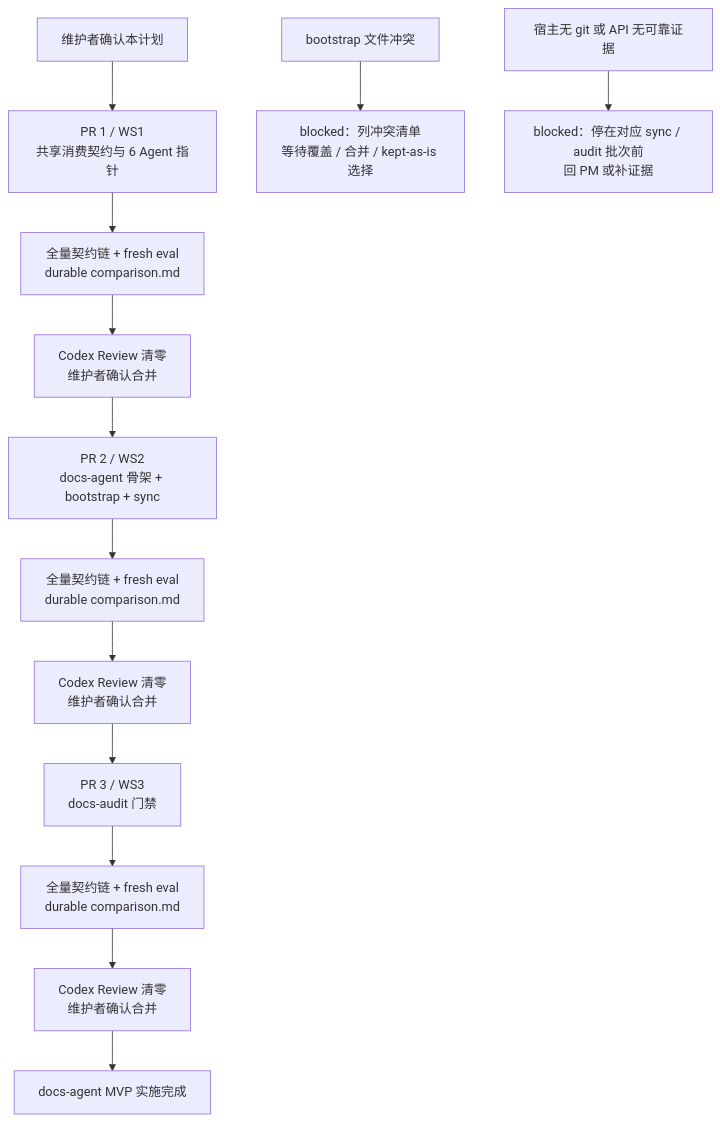
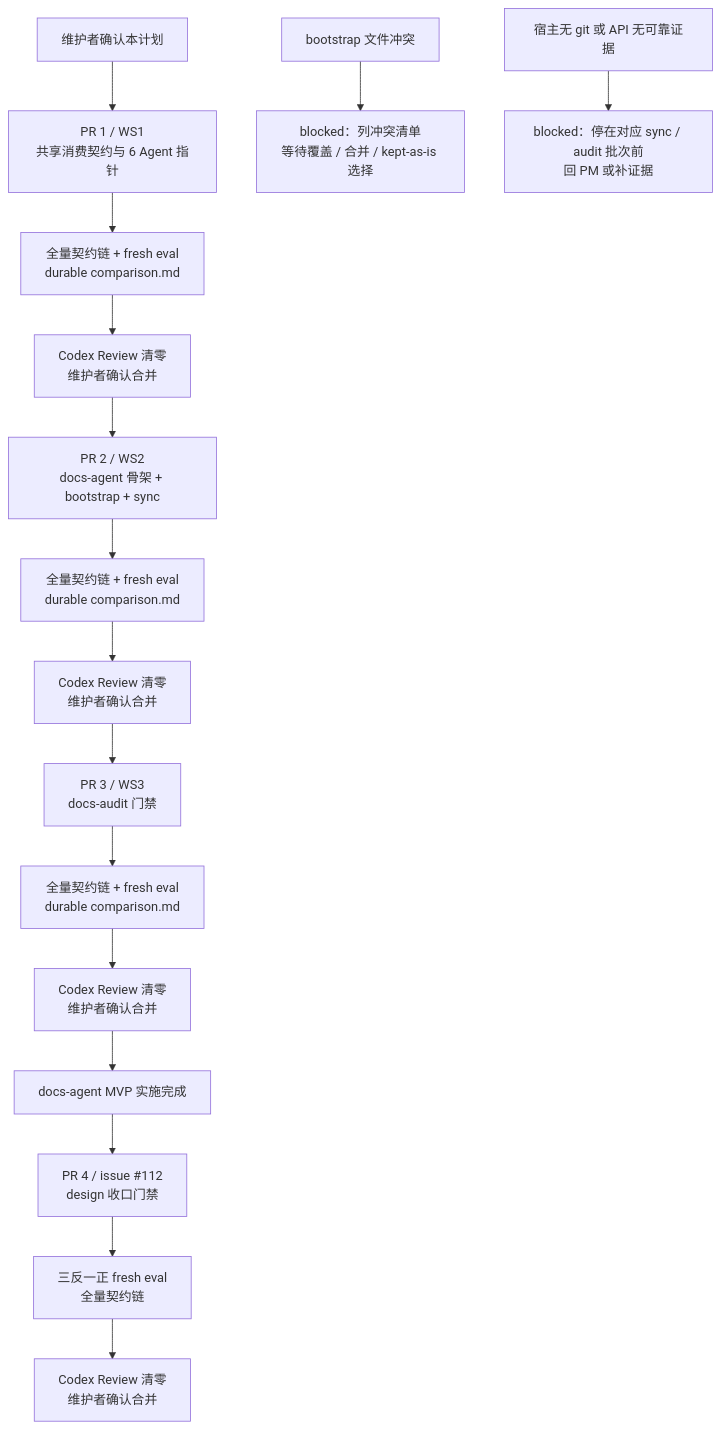
One commit to Neplich/dev-agent-skills changed the diagram in docs/engineer/agents/docs-agent/IMPLEMENTATION_PLAN.md. Above: the diagram before and after it, drawn with Mermaid. The commit also changed other lines of this file and 50 other files, not shown here.

````diff
--- a/docs/engineer/agents/docs-agent/IMPLEMENTATION_PLAN.md
+++ b/docs/engineer/agents/docs-agent/IMPLEMENTATION_PLAN.md
@@ -131,16 +145,19 @@
 ```mermaid
 flowchart TB
     CONFIRM["维护者确认本计划"] --> WS1["PR 1 / WS1<br/>共享消费契约与 6 Agent 指针"]
     WS1 --> V1["全量契约链 + fresh eval<br/>durable comparison.md"]
     V1 --> R1["Codex Review 清零<br/>维护者确认合并"]
     R1 --> WS2["PR 2 / WS2<br/>docs-agent 骨架 + bootstrap + sync"]
     WS2 --> V2["全量契约链 + fresh eval<br/>durable comparison.md"]
     V2 --> R2["Codex Review 清零<br/>维护者确认合并"]
     R2 --> WS3["PR 3 / WS3<br/>docs-audit 门禁"]
     WS3 --> V3["全量契约链 + fresh eval<br/>durable comparison.md"]
     V3 --> R3["Codex Review 清零<br/>维护者确认合并"]
     R3 --> DONE["docs-agent MVP 实施完成"]
+    DONE --> D4["PR 4 / issue #112<br/>design 收口门禁"]
+    D4 --> V4["三反一正 fresh eval<br/>全量契约链"]
+    V4 --> R4["Codex Review 清零<br/>维护者确认合并"]
 
     B1["bootstrap 文件冲突"] --> BLOCK1["blocked：列冲突清单<br/>等待覆盖 / 合并 / kept-as-is 选择"]
     B2["宿主无 git 或 API 无可靠证据"] --> BLOCK2["blocked：停在对应 sync / audit 批次前<br/>回 PM 或补证据"]
 ```
````
